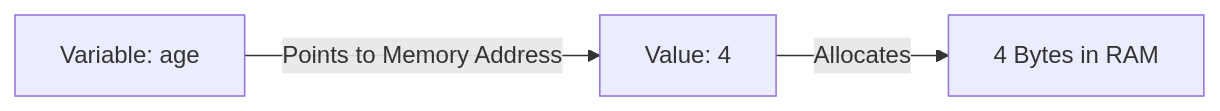
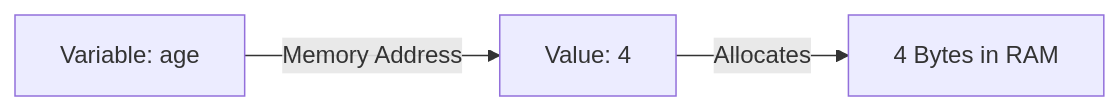
The diagram in markdown/m20was/Java 25/02_variables_and_data_types.md (m20was/Analytics), drawn with Mermaid before and after one commit. The commit also changed other lines of this file and 4 other files, not shown here.

````diff
--- a/markdown/m20was/Java 25/02_variables_and_data_types.md
+++ b/markdown/m20was/Java 25/02_variables_and_data_types.md
@@ -33,5 +25,5 @@
 ```mermaid
 flowchart LR
-    A[Variable: age] -->|Points to Memory Address| B[Value: 4]
+    A[Variable: age] -->|Memory Address| B[Value: 4]
     B -->|Allocates| C[4 Bytes in RAM]
 ```
````
